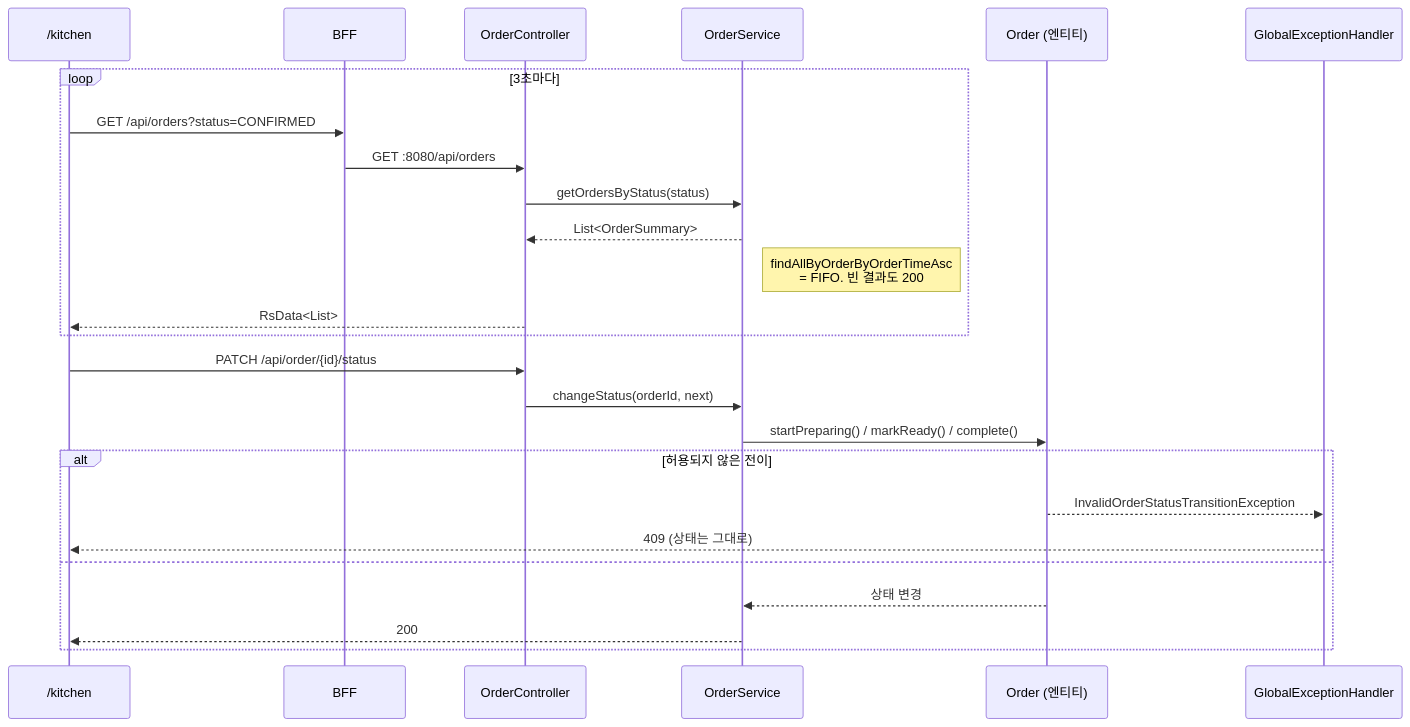
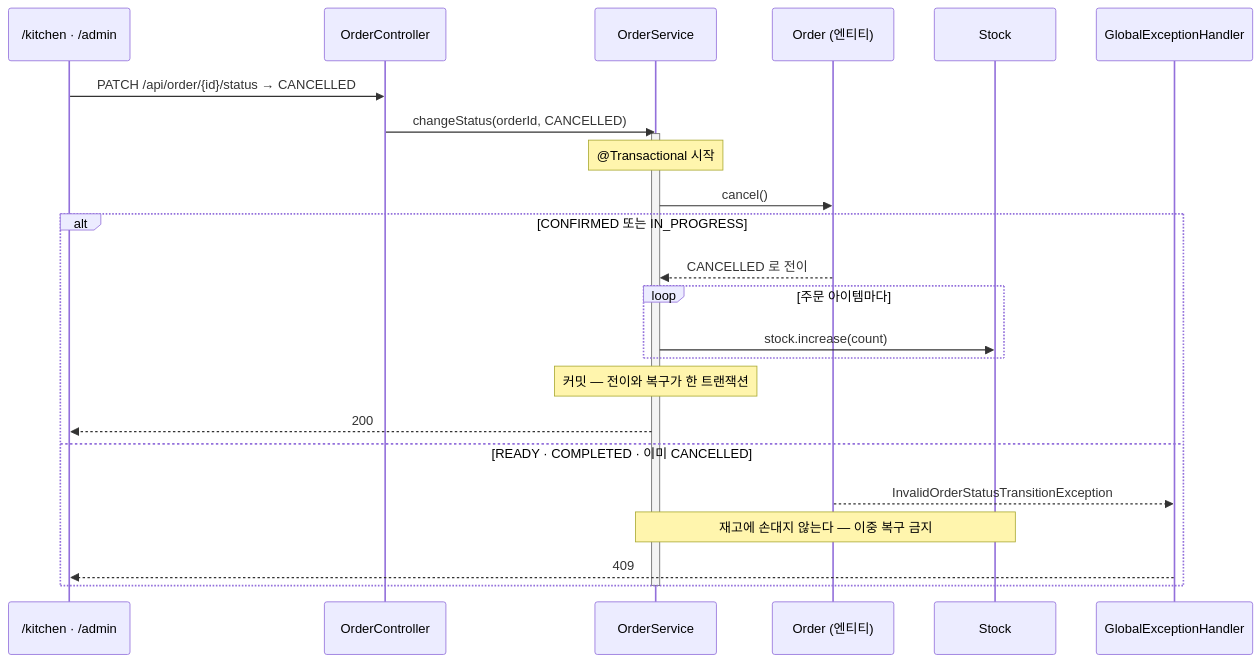
Before and after one commit to hhyukk/cafe-kiosk: the sixth of 8 diagrams in docs/design/architecture.md, drawn with Mermaid. The commit also changed other lines of this file, not shown here.

````diff
--- a/docs/design/architecture.md
+++ b/docs/design/architecture.md
@@ -367,29 +378,29 @@
 ```mermaid
 sequenceDiagram
-    participant K as /kitchen
-    participant F as BFF
+    participant K as /kitchen · /admin
     participant C as OrderController
     participant S as OrderService
     participant O as Order (엔티티)
+    participant ST as Stock
     participant G as GlobalExceptionHandler
 
-    loop 3초마다
-        K->>F: GET /api/orders?status=CONFIRMED
-        F->>C: GET :8080/api/orders
-        C->>S: getOrdersByStatus(status)
-        S-->>C: List<OrderSummary>
-        Note right of S: findAllByOrderByOrderTimeAsc<br/>= FIFO. 빈 결과도 200
-        C-->>K: RsData<List>
+    K->>C: PATCH /api/order/{id}/status → CANCELLED
+    C->>S: changeStatus(orderId, CANCELLED)
+    activate S
+    Note over S: @Transactional 시작
+    S->>O: cancel()
+
+    alt CONFIRMED 또는 IN_PROGRESS
+        O-->>S: CANCELLED 로 전이
+        loop 주문 아이템마다
+            S->>ST: stock.increase(count)
+        end
+        Note over S: 커밋 — 전이와 복구가 한 트랜잭션
+        S-->>K: 200
+    else READY · COMPLETED · 이미 CANCELLED
+        O-->>G: InvalidOrderStatusTransitionException
+        Note over S,ST: 재고에 손대지 않는다 — 이중 복구 금지
+        G-->>K: 409
     end
-
-    K->>C: PATCH /api/order/{id}/status
-    C->>S: changeStatus(orderId, next)
-    S->>O: startPreparing() / markReady() / complete()
-    alt 허용되지 않은 전이
-        O-->>G: InvalidOrderStatusTransitionException
-        G-->>K: 409 (상태는 그대로)
-    else
-        O-->>S: 상태 변경
-        S-->>K: 200
-    end
+    deactivate S
 ```
````
